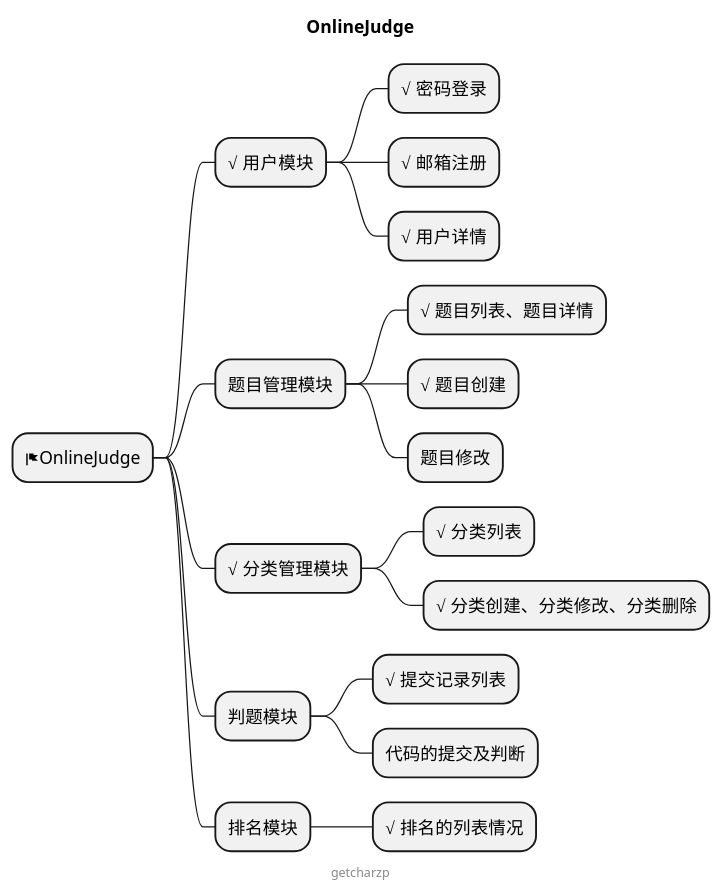
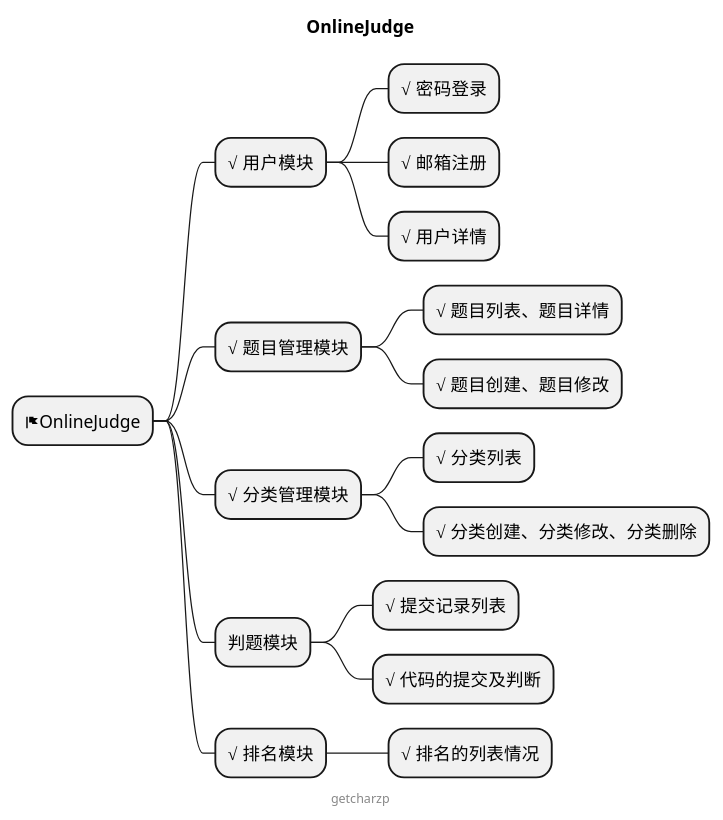
The diagram in MIND.puml (GetcharZp/gin-gorm-oj), drawn with PlantUML before and after one commit. The commit also changed 9 other files, not shown here.

```diff
--- a/MIND.puml
+++ b/MIND.puml
@@ -1,25 +1,24 @@
 @startmindmap
 
 title OnlineJudge
 
 * <&flag>OnlineJudge
 ** √ 用户模块
 *** √ 密码登录
 *** √ 邮箱注册
 *** √ 用户详情
-** 题目管理模块
+** √ 题目管理模块
 *** √ 题目列表、题目详情
-*** √ 题目创建
-*** 题目修改
+*** √ 题目创建、题目修改
 ** √ 分类管理模块
 *** √ 分类列表
 *** √ 分类创建、分类修改、分类删除
 ** 判题模块
 *** √ 提交记录列表
-*** 代码的提交及判断
-** 排名模块
+*** √ 代码的提交及判断
+** √ 排名模块
 *** √ 排名的列表情况
 
 center footer getcharzp
 
 @endmindmap
```
